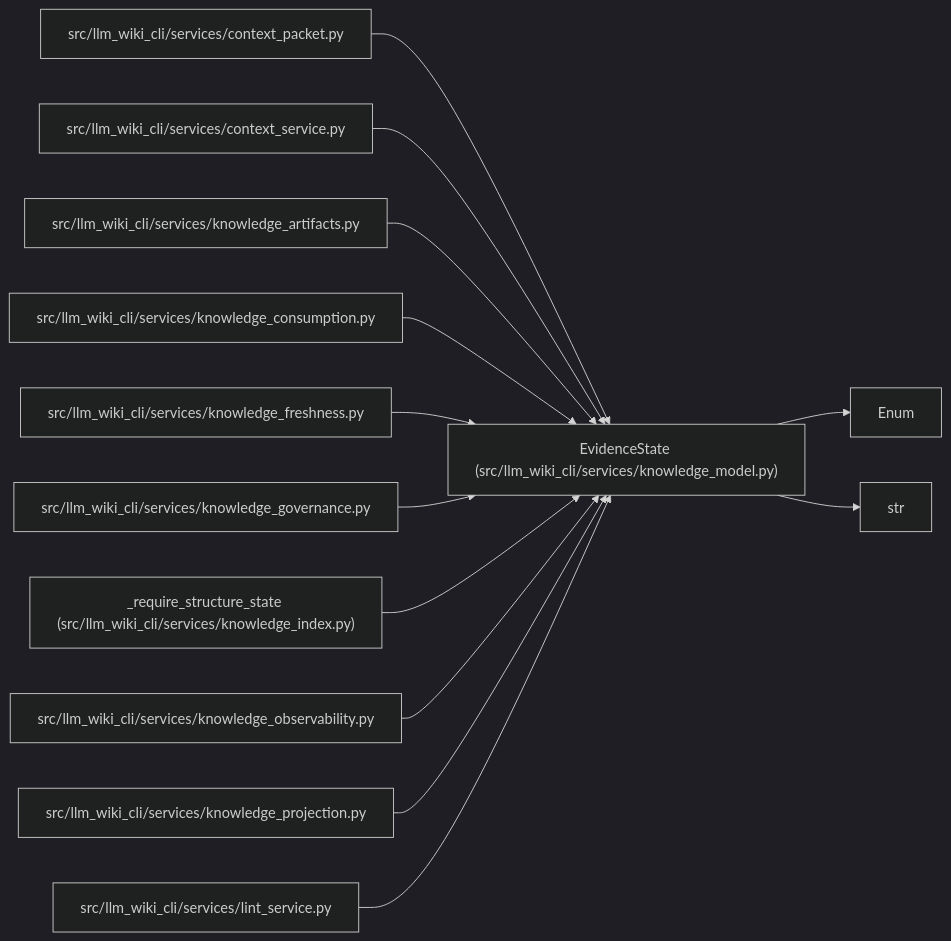
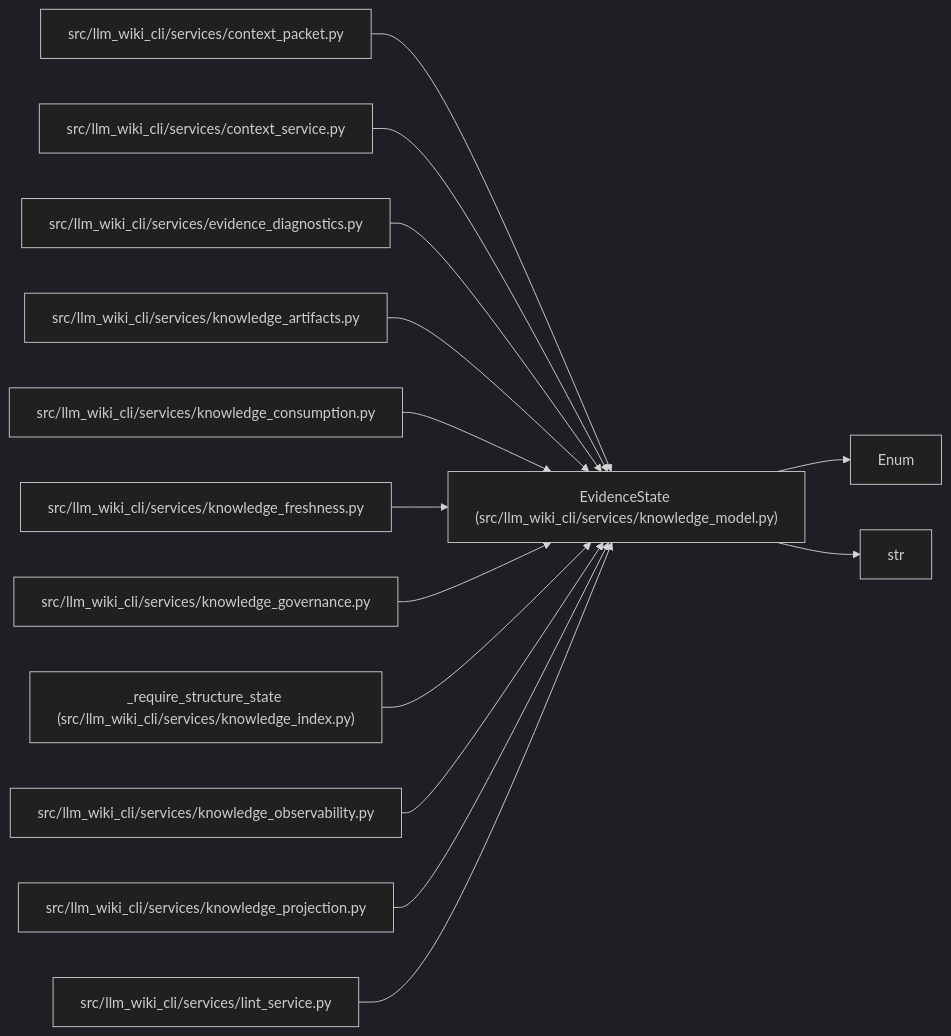
Before and after one commit to Denissvgn/python-wiki-llm: the diagram in docs/llm_wiki/entities/EvidenceState.md, drawn with Mermaid (dark theme). The commit also changed other lines of this file and 775 other files, not shown here.

````diff
--- a/docs/llm_wiki/entities/EvidenceState.md
+++ b/docs/llm_wiki/entities/EvidenceState.md
@@ -29,39 +29,42 @@
 ```mermaid
 flowchart LR
     n0["EvidenceState (src/llm_wiki_cli/services/knowledge_model.py)"]
     n1["Enum"]
     n2["str"]
     n3["src/llm_wiki_cli/services/context_packet.py"]
     n4["src/llm_wiki_cli/services/context_service.py"]
-    n5["src/llm_wiki_cli/services/knowledge_artifacts.py"]
-    n6["src/llm_wiki_cli/services/knowledge_consumption.py"]
-    n7["src/llm_wiki_cli/services/knowledge_freshness.py"]
-    n8["src/llm_wiki_cli/services/knowledge_governance.py"]
-    n9["_require_structure_state (src/llm_wiki_cli/services/knowledge_index.py)"]
-    n10["src/llm_wiki_cli/services/knowledge_observability.py"]
-    n11["src/llm_wiki_cli/services/knowledge_projection.py"]
-    n12["src/llm_wiki_cli/services/lint_service.py"]
+    n5["src/llm_wiki_cli/services/evidence_diagnostics.py"]
+    n6["src/llm_wiki_cli/services/knowledge_artifacts.py"]
+    n7["src/llm_wiki_cli/services/knowledge_consumption.py"]
+    n8["src/llm_wiki_cli/services/knowledge_freshness.py"]
+    n9["src/llm_wiki_cli/services/knowledge_governance.py"]
+    n10["_require_structure_state (src/llm_wiki_cli/services/knowledge_index.py)"]
+    n11["src/llm_wiki_cli/services/knowledge_observability.py"]
+    n12["src/llm_wiki_cli/services/knowledge_projection.py"]
+    n13["src/llm_wiki_cli/services/lint_service.py"]
     n0 --> n1
     n0 --> n2
     n3 --> n0
     n4 --> n0
     n5 --> n0
     n6 --> n0
     n7 --> n0
     n8 --> n0
     n9 --> n0
     n10 --> n0
     n11 --> n0
     n12 --> n0
+    n13 --> n0
     click n0 "../modules/knowledge_model.md"
     click n3 "../modules/context_packet.md"
     click n4 "../modules/context_service.md"
-    click n5 "../modules/knowledge_artifacts.md"
-    click n6 "../modules/knowledge_consumption.md"
-    click n7 "../modules/knowledge_freshness.md"
-    click n8 "../modules/knowledge_governance.md"
-    click n9 "../modules/knowledge_index.md"
-    click n10 "../modules/knowledge_observability.md"
-    click n11 "../modules/knowledge_projection.md"
-    click n12 "../modules/lint_service.md"
+    click n5 "../modules/evidence_diagnostics.md"
+    click n6 "../modules/knowledge_artifacts.md"
+    click n7 "../modules/knowledge_consumption.md"
+    click n8 "../modules/knowledge_freshness.md"
+    click n9 "../modules/knowledge_governance.md"
+    click n10 "../modules/knowledge_index.md"
+    click n11 "../modules/knowledge_observability.md"
+    click n12 "../modules/knowledge_projection.md"
+    click n13 "../modules/lint_service.md"
 ```
````
